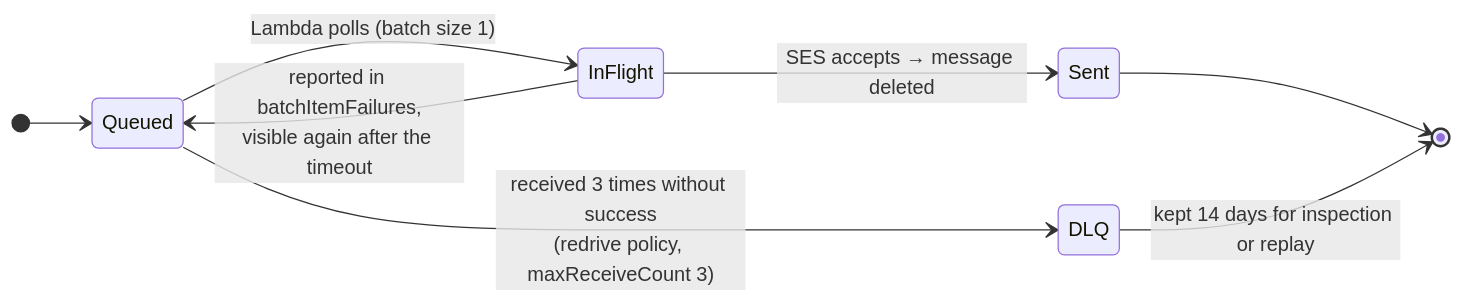
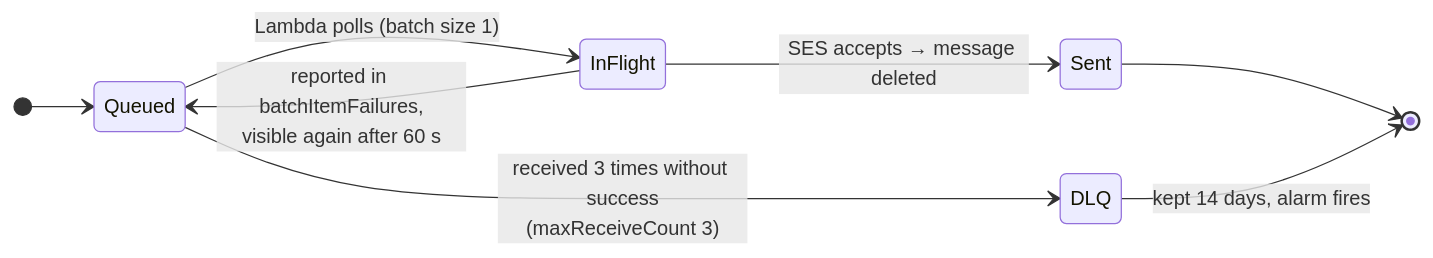
Diagram 14 of 22 in docs/architecture.md (UchihaIthachi/serverless-auction-platform), drawn with Mermaid before and after one commit. The commit also changed other lines of this file and 36 other files, not shown here.

Commit message:
Outbox + stream relay, per-auction EventBridge Scheduler, throttling, CloudFront OAC, DLQ alarms, paging, OIDC deploy, LocalStack full deploy (13/13), Well-Architected docs

````diff
--- a/docs/architecture.md
+++ b/docs/architecture.md
@@ -79,11 +330,11 @@
 ```mermaid
 stateDiagram-v2
   direction LR
   [*] --> Queued
   Queued --> InFlight: Lambda polls (batch size 1)
   InFlight --> Sent: SES accepts → message deleted
   Sent --> [*]
-  InFlight --> Queued: reported in batchItemFailures,<br/>visible again after the timeout
-  Queued --> DLQ: received 3 times without success<br/>(redrive policy, maxReceiveCount 3)
-  DLQ --> [*]: kept 14 days for inspection or replay
+  InFlight --> Queued: reported in batchItemFailures,<br/>visible again after 60 s
+  Queued --> DLQ: received 3 times without success<br/>(maxReceiveCount 3)
+  DLQ --> [*]: kept 14 days, alarm fires
 ```
````
